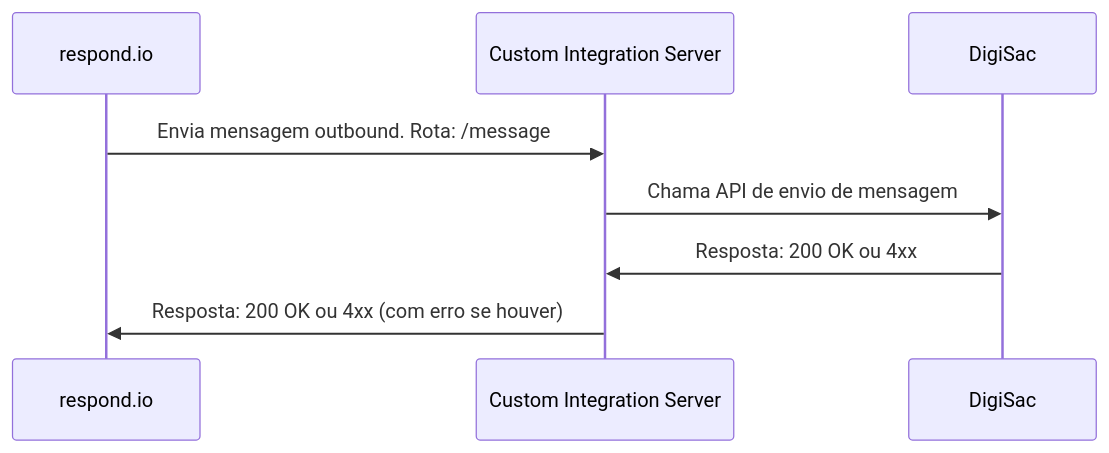
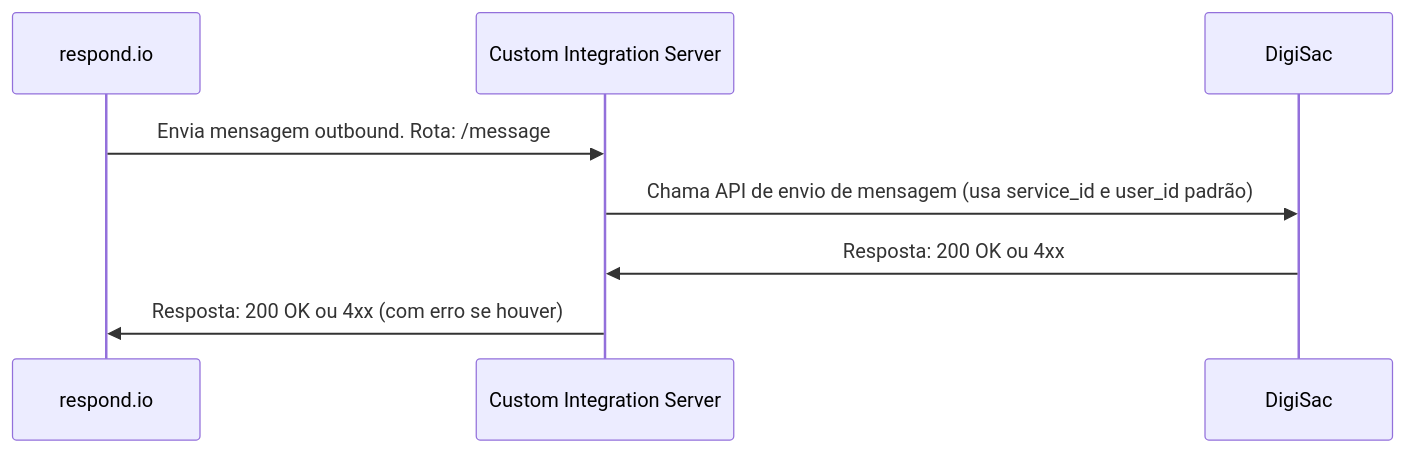
Before and after one commit to manoelbo/custom-channel-integration-respond-digisac: the first of 3 diagrams in README.md, drawn with Mermaid. The commit also changed other lines of this file and 2 other files, not shown here.

Commit message:
fix: corrige método da chamada à API da Refera de POST para GET

````diff
--- a/README.md
+++ b/README.md
@@ -67,10 +67,10 @@
 ```mermaid
 sequenceDiagram
     participant respond.io
     participant Custom Integration Server
     participant DigiSac
     respond.io ->> Custom Integration Server: Envia mensagem outbound. Rota: /message
-    Custom Integration Server->> DigiSac: Chama API de envio de mensagem
+    Custom Integration Server->> DigiSac: Chama API de envio de mensagem (usa service_id e user_id padrão)
     DigiSac ->> Custom Integration Server: Resposta: 200 OK ou 4xx
     Custom Integration Server ->> respond.io: Resposta: 200 OK ou 4xx (com erro se houver)
 ```
````
